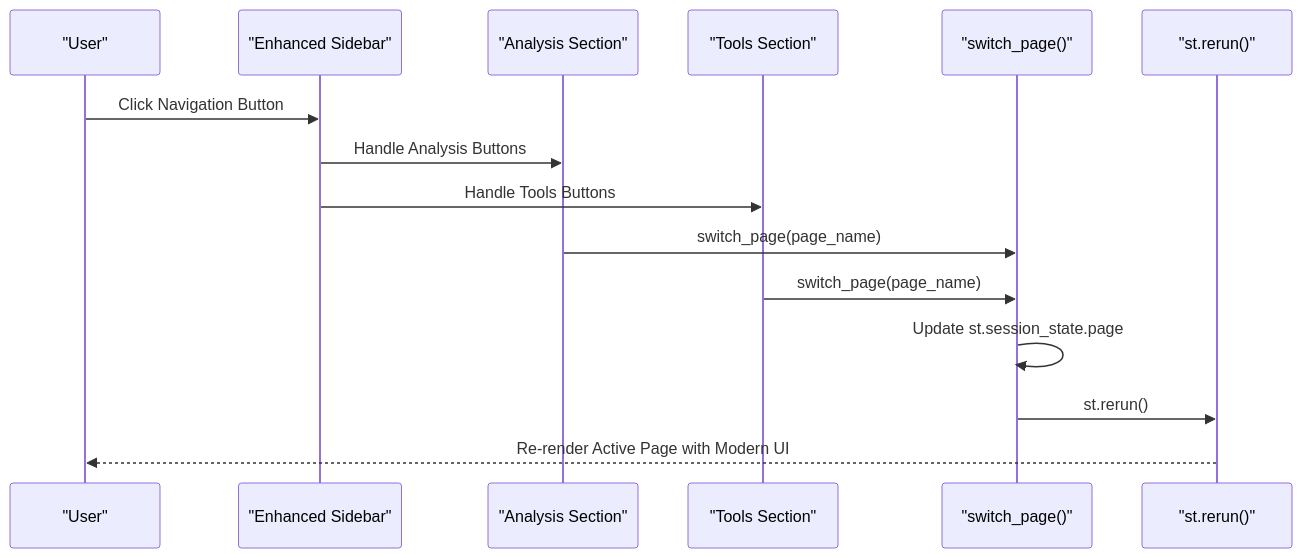
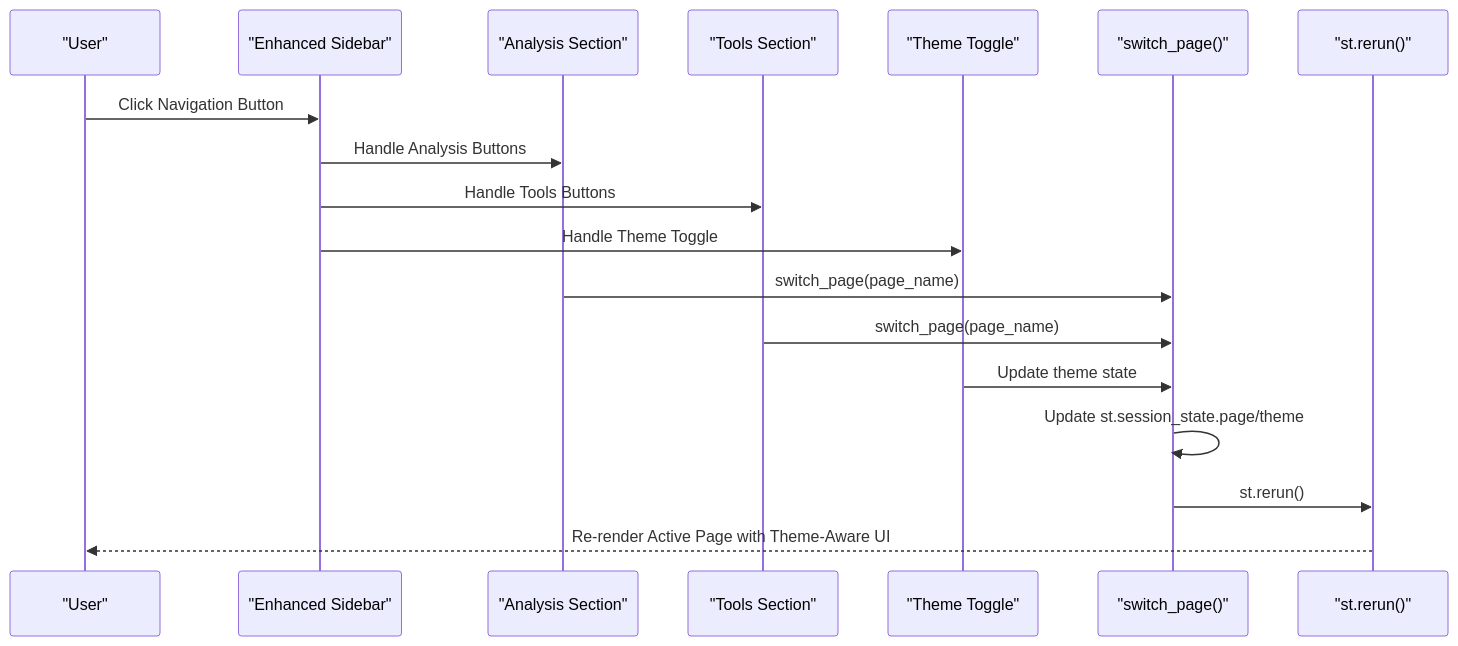
The fifth of 15 diagrams in .qoder/repowiki/en/content/Core Components/Application Controller.md (Johnny22056/SwimingStatus), drawn with Mermaid before and after one commit. The commit also changed other lines of this file and 2 other files, not shown here.

First line of the commit message:
feat(theme): integrate comprehensive dynamic theme management system

````diff
--- a/.qoder/repowiki/en/content/Core Components/Application Controller.md
+++ b/.qoder/repowiki/en/content/Core Components/Application Controller.md
@@ -213,17 +263,20 @@
 ```mermaid
 sequenceDiagram
 participant User as "User"
 participant Sidebar as "Enhanced Sidebar"
 participant AnalysisSection as "Analysis Section"
 participant ToolsSection as "Tools Section"
+participant ThemeToggle as "Theme Toggle"
 participant Controller as "switch_page()"
 participant Streamlit as "st.rerun()"
 User->>Sidebar : Click Navigation Button
 Sidebar->>AnalysisSection : Handle Analysis Buttons
 Sidebar->>ToolsSection : Handle Tools Buttons
+Sidebar->>ThemeToggle : Handle Theme Toggle
 AnalysisSection->>Controller : switch_page(page_name)
 ToolsSection->>Controller : switch_page(page_name)
-Controller->>Controller : Update st.session_state.page
+ThemeToggle->>Controller : Update theme state
+Controller->>Controller : Update st.session_state.page/theme
 Controller->>Streamlit : st.rerun()
-Streamlit-->>User : Re-render Active Page with Modern UI
+Streamlit-->>User : Re-render Active Page with Theme-Aware UI
 ```
````
